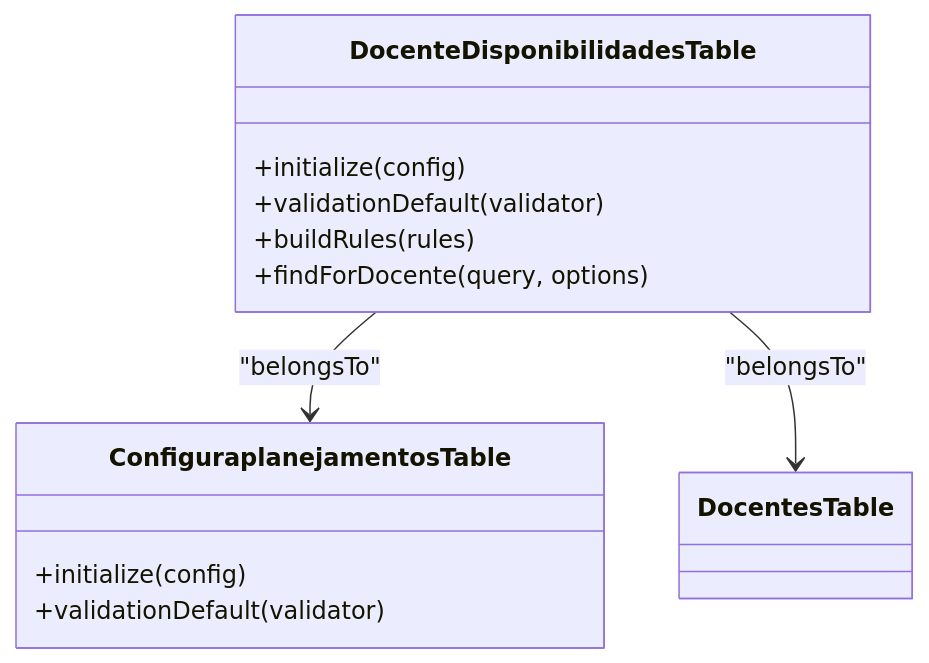
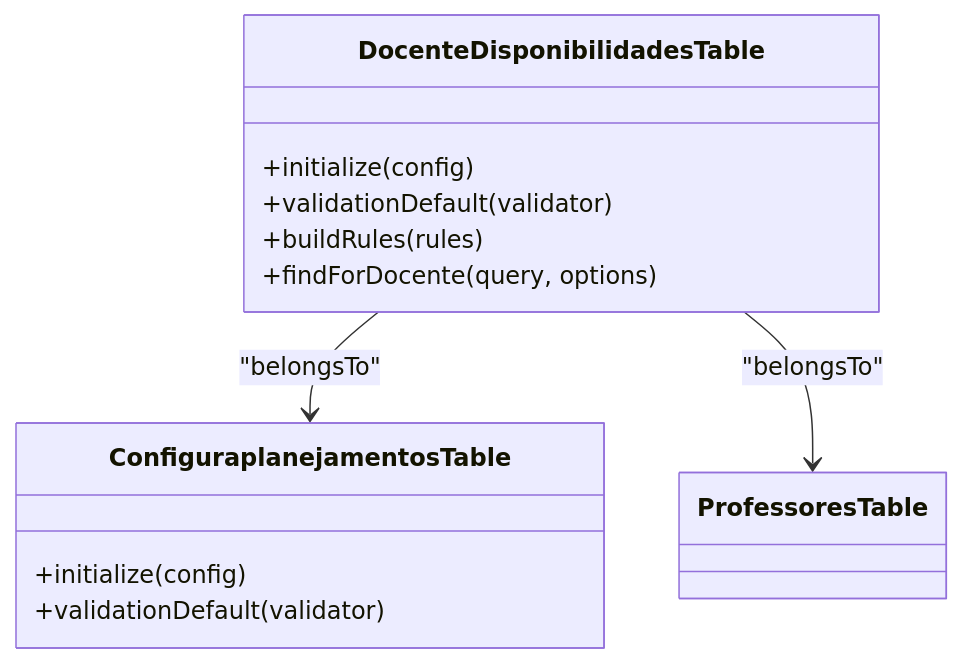
Before and after one commit to luiseduacosta/planejamento5: the third of 4 diagrams in .qoder/repowiki/en/content/Database Schema.md, drawn with Mermaid. The commit also changed other lines of this file and 37 other files, not shown here.

Commit message:
repowiki: rename Docentes → Professores in metadata

````diff
--- a/.qoder/repowiki/en/content/Database Schema.md
+++ b/.qoder/repowiki/en/content/Database Schema.md
@@ -289,17 +289,17 @@
 ```mermaid
 classDiagram
 class DocenteDisponibilidadesTable {
 +initialize(config)
 +validationDefault(validator)
 +buildRules(rules)
 +findForDocente(query, options)
 }
 class ConfiguraplanejamentosTable {
 +initialize(config)
 +validationDefault(validator)
 }
-class DocentesTable {
+class ProfessoresTable {
 }
 DocenteDisponibilidadesTable --> ConfiguraplanejamentosTable : "belongsTo"
-DocenteDisponibilidadesTable --> DocentesTable : "belongsTo"
+DocenteDisponibilidadesTable --> ProfessoresTable : "belongsTo"
 ```
````
